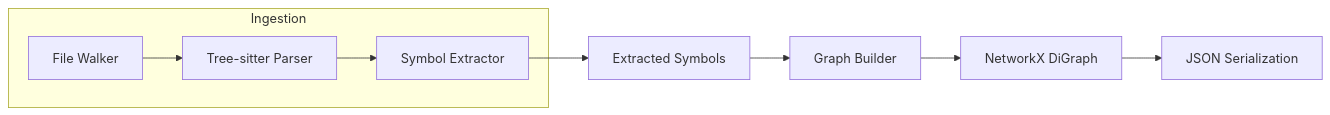
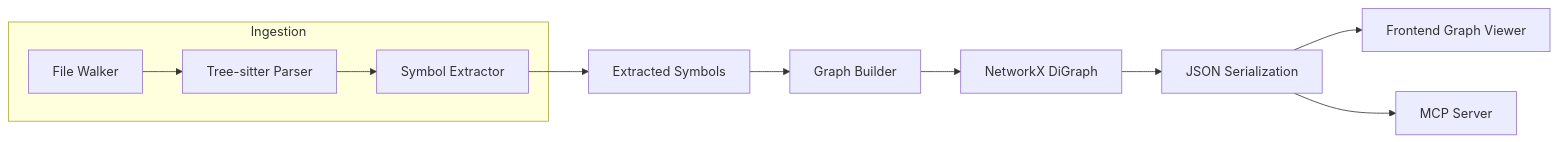
The first of 3 diagrams in ARCHITECTURE.md (anshulyadav1976/legacy-profen), drawn with Mermaid before and after one commit. The commit also changed other lines of this file and 20 other files, not shown here.

````diff
--- a/ARCHITECTURE.md
+++ b/ARCHITECTURE.md
@@ -5,11 +5,13 @@
 ```mermaid
 flowchart LR
     subgraph Ingestion
         FW[File Walker] --> TS[Tree-sitter Parser]
         TS --> EX[Symbol Extractor]
     end
     EX --> OUT[Extracted Symbols]
     OUT --> GB[Graph Builder]
     GB --> G[NetworkX DiGraph]
     G --> JS[JSON Serialization]
+    JS --> FE[Frontend Graph Viewer]
+    JS --> MCP[MCP Server]
 ```
````
